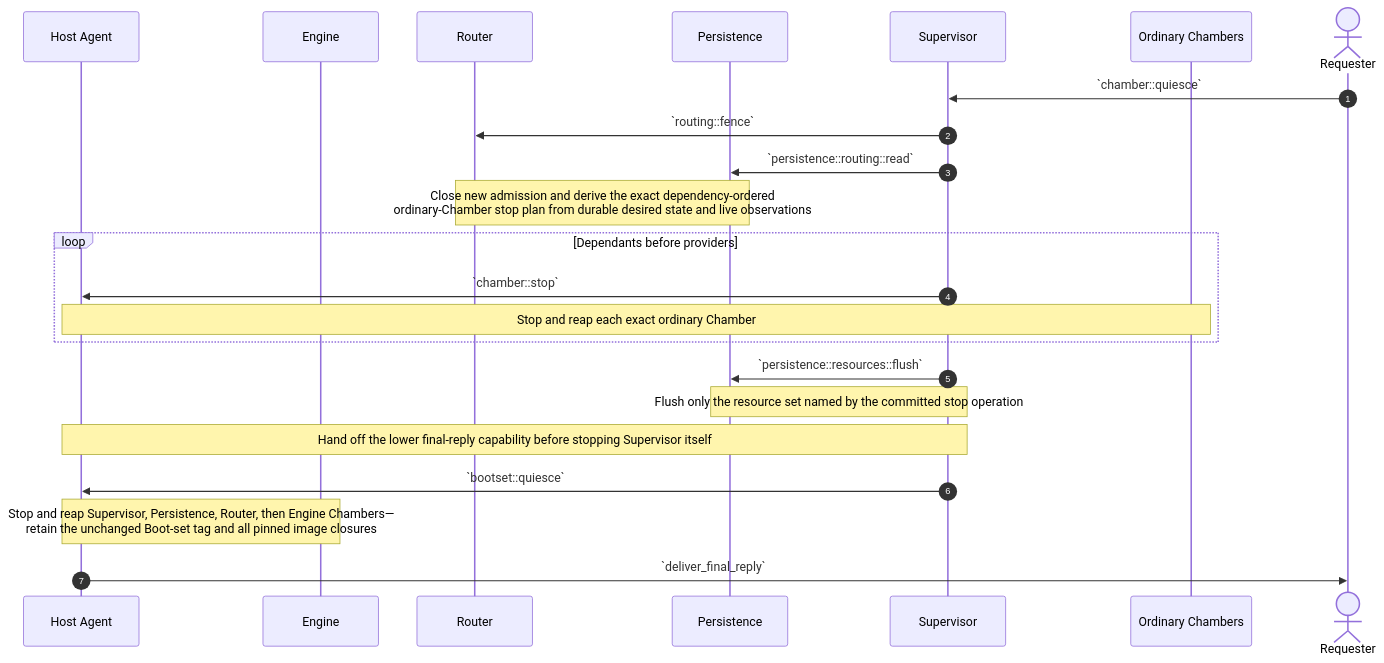
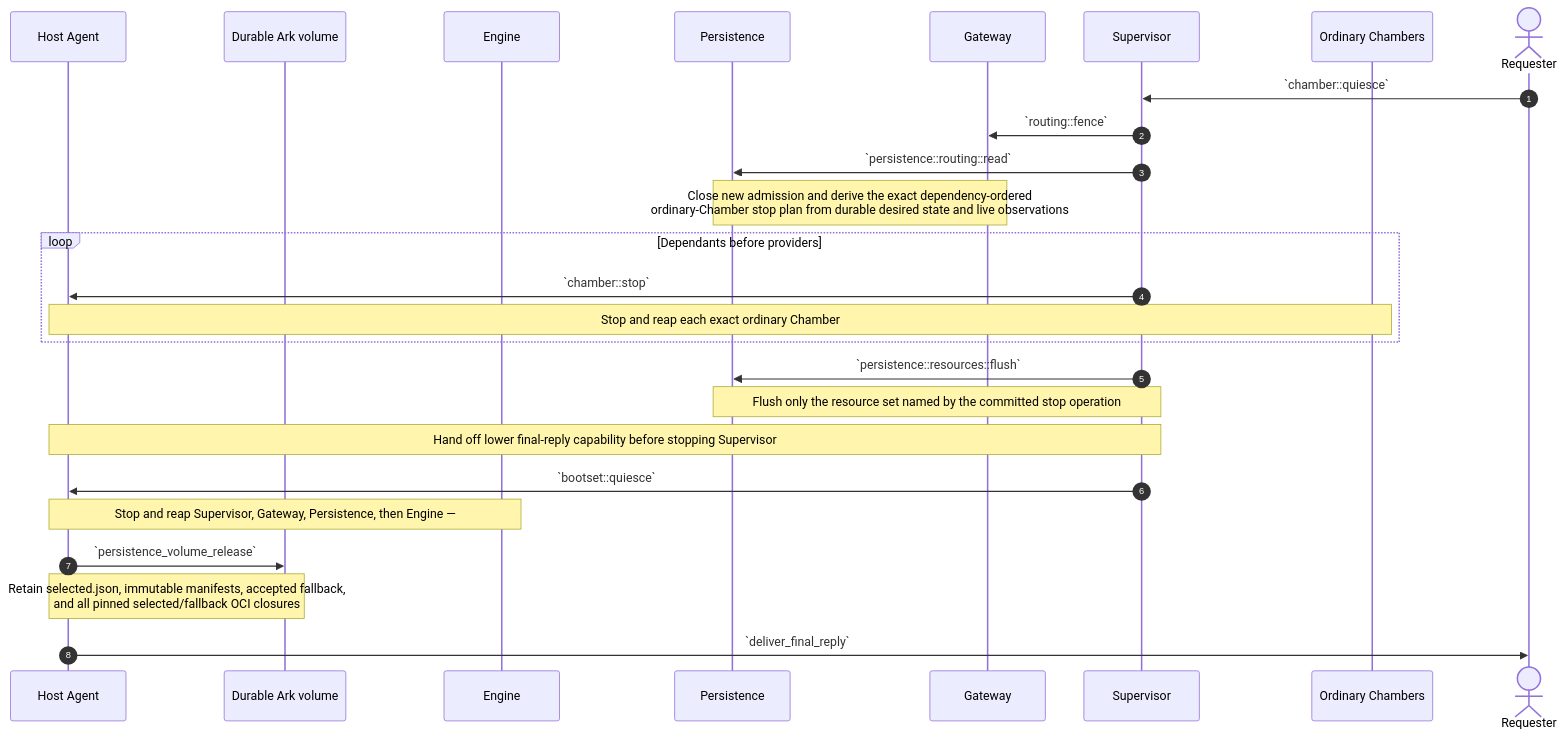
Before and after one commit to dreamcatcher-tech/chambers-lifecycle-explorer: diagram 17 of 18 in source/chambers-lifecycle-sequences.md, drawn with Mermaid. The commit also changed other lines of this file and 9 other files, not shown here.

Commit message:
docs: project simplified boot-set lifecycle

````diff
--- a/source/chambers-lifecycle-sequences.md
+++ b/source/chambers-lifecycle-sequences.md
@@ -1623,28 +1717,29 @@
 ```mermaid
 sequenceDiagram
     autonumber
     participant HostAgent as Host Agent
+    participant Volume as Durable Ark volume
     participant Engine
-    participant Router as Router
     participant Persistence
+    participant Gateway
     participant Supervisor
     participant Members as Ordinary Chambers
     actor Requester
 
     Requester->>Supervisor: `chamber::quiesce`
-    Supervisor->>Router: `routing::fence`
+    Supervisor->>Gateway: `routing::fence`
     Supervisor->>Persistence: `persistence::routing::read`
-    Note over Router,Persistence: Close new admission and derive the exact dependency-ordered<br/>ordinary-Chamber stop plan from durable desired state and live observations
-
+    Note over Persistence,Gateway: Close new admission and derive the exact dependency-ordered<br/>ordinary-Chamber stop plan from durable desired state and live observations
     loop Dependants before providers
         Supervisor->>HostAgent: `chamber::stop`
         Note over HostAgent,Members: Stop and reap each exact ordinary Chamber
     end
-
     Supervisor->>Persistence: `persistence::resources::flush`
     Note over Supervisor,Persistence: Flush only the resource set named by the committed stop operation
-    Note over Supervisor,HostAgent: Hand off the lower final-reply capability before stopping Supervisor itself
+    Note over Supervisor,HostAgent: Hand off lower final-reply capability before stopping Supervisor
     Supervisor->>HostAgent: `bootset::quiesce`
-    Note over HostAgent,Engine: Stop and reap Supervisor, Persistence, Router, then Engine Chambers—<br/>retain the unchanged Boot-set tag and all pinned image closures
+    Note over HostAgent,Engine: Stop and reap Supervisor, Gateway, Persistence, then Engine —
+    HostAgent->>Volume: `persistence_volume_release`
+    Note over HostAgent,Volume: Retain selected.json, immutable manifests, accepted fallback,<br/>and all pinned selected/fallback OCI closures
     HostAgent->>Requester: `deliver_final_reply`
 ```
````
